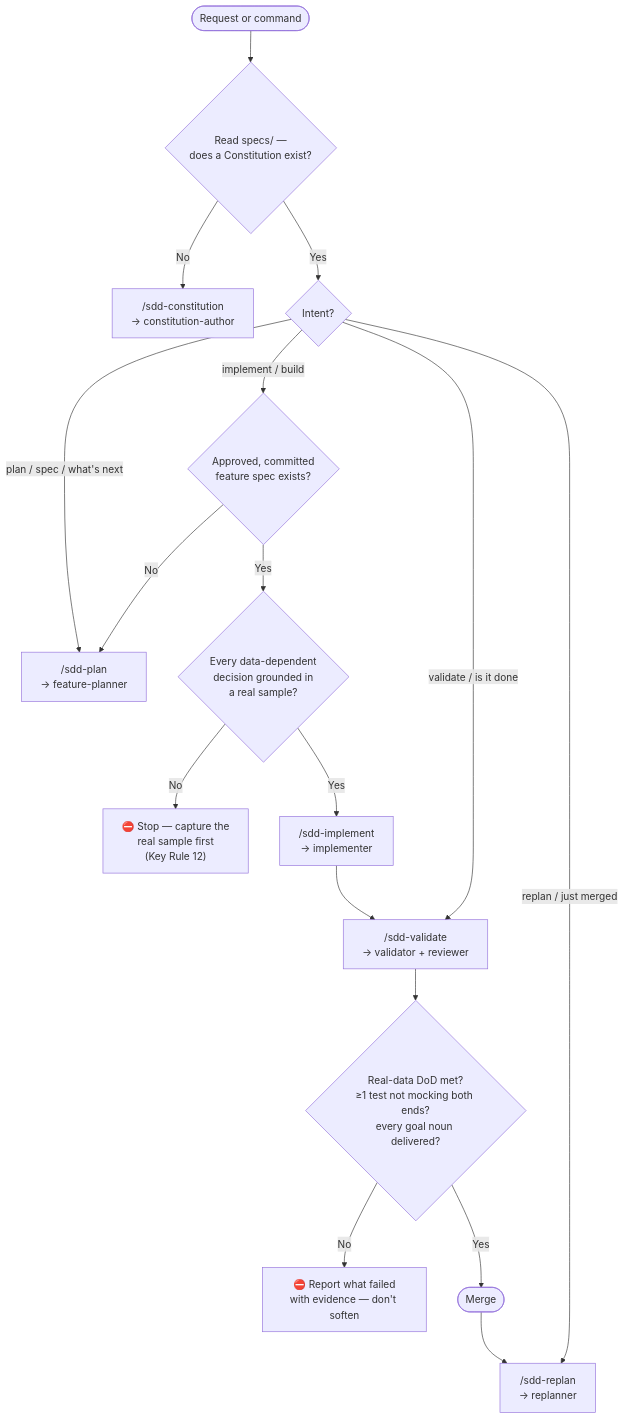
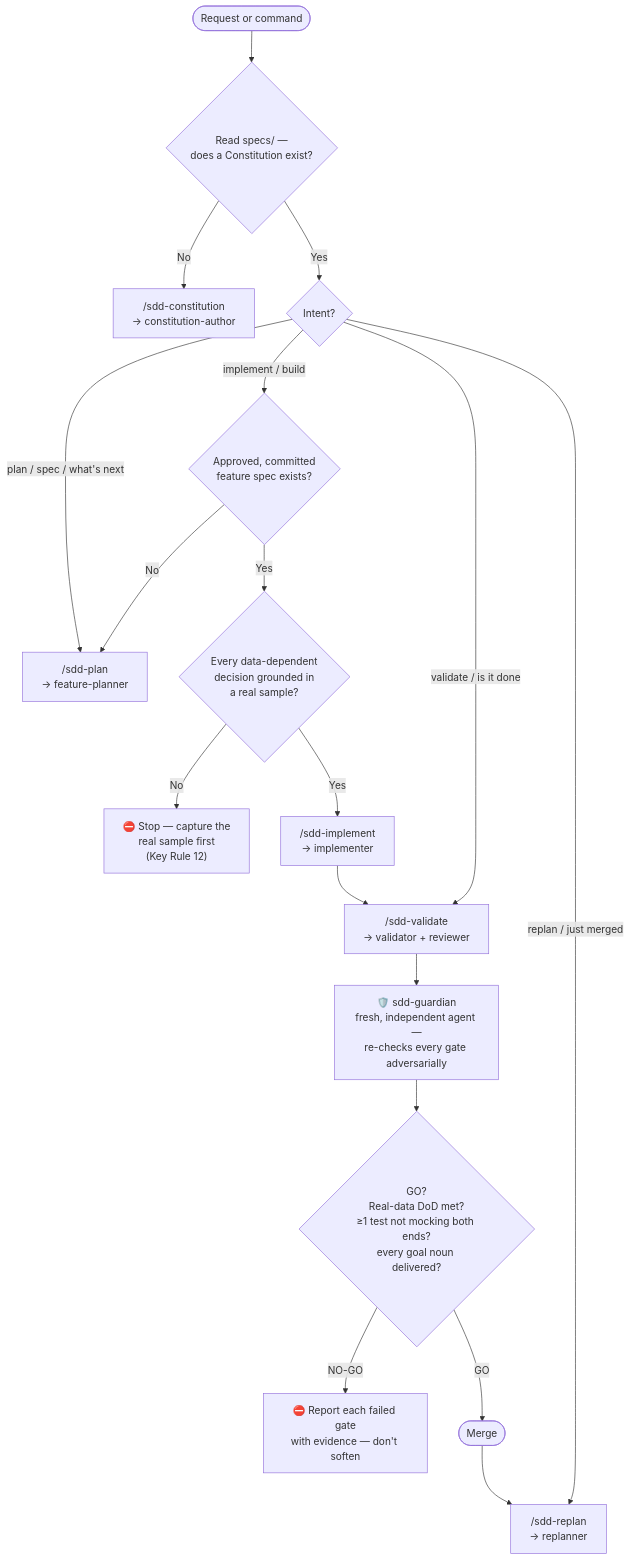
The second of 3 diagrams in README.md (blutrich/sdd-kit), drawn with Mermaid before and after one commit. The commit also changed other lines of this file and 13 other files, not shown here.

First line of the commit message:
Add guardian gate, JSON workflow/gates, hooks, per-task models

````diff
--- a/README.md
+++ b/README.md
@@ -50,21 +50,22 @@
 ```mermaid
 flowchart TD
     START([Request or command]) --> ORIENT{"Read specs/ —<br/>does a Constitution exist?"}
     ORIENT -->|No| CONST["/sdd-constitution<br/>→ constitution-author"]
     ORIENT -->|Yes| INTENT{Intent?}
 
     INTENT -->|"plan / spec / what's next"| PLAN["/sdd-plan<br/>→ feature-planner"]
     INTENT -->|"implement / build"| GATE1{"Approved, committed<br/>feature spec exists?"}
     INTENT -->|"validate / is it done"| VAL["/sdd-validate<br/>→ validator + reviewer"]
     INTENT -->|"replan / just merged"| REPLAN["/sdd-replan<br/>→ replanner"]
 
     GATE1 -->|No| PLAN
     GATE1 -->|Yes| GATE2{"Every data-dependent<br/>decision grounded in<br/>a real sample?"}
     GATE2 -->|No| GROUND["⛔ Stop — capture the<br/>real sample first<br/>(Key Rule 12)"]
     GATE2 -->|Yes| IMPL["/sdd-implement<br/>→ implementer"]
 
     IMPL --> VAL
-    VAL --> DONE{"Real-data DoD met?<br/>≥1 test not mocking both ends?<br/>every goal noun delivered?"}
-    DONE -->|No| FIX["⛔ Report what failed<br/>with evidence — don't soften"]
-    DONE -->|Yes| MERGE([Merge]) --> REPLAN
+    VAL --> GUARD["🛡️ sdd-guardian<br/>fresh, independent agent —<br/>re-checks every gate adversarially"]
+    GUARD --> DONE{"GO?<br/>Real-data DoD met?<br/>≥1 test not mocking both ends?<br/>every goal noun delivered?"}
+    DONE -->|"NO-GO"| FIX["⛔ Report each failed gate<br/>with evidence — don't soften"]
+    DONE -->|"GO"| MERGE([Merge]) --> REPLAN
 ```
````
